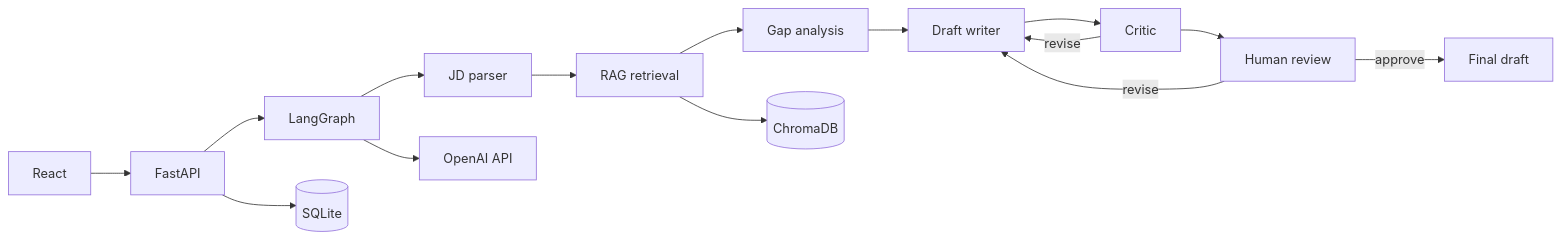
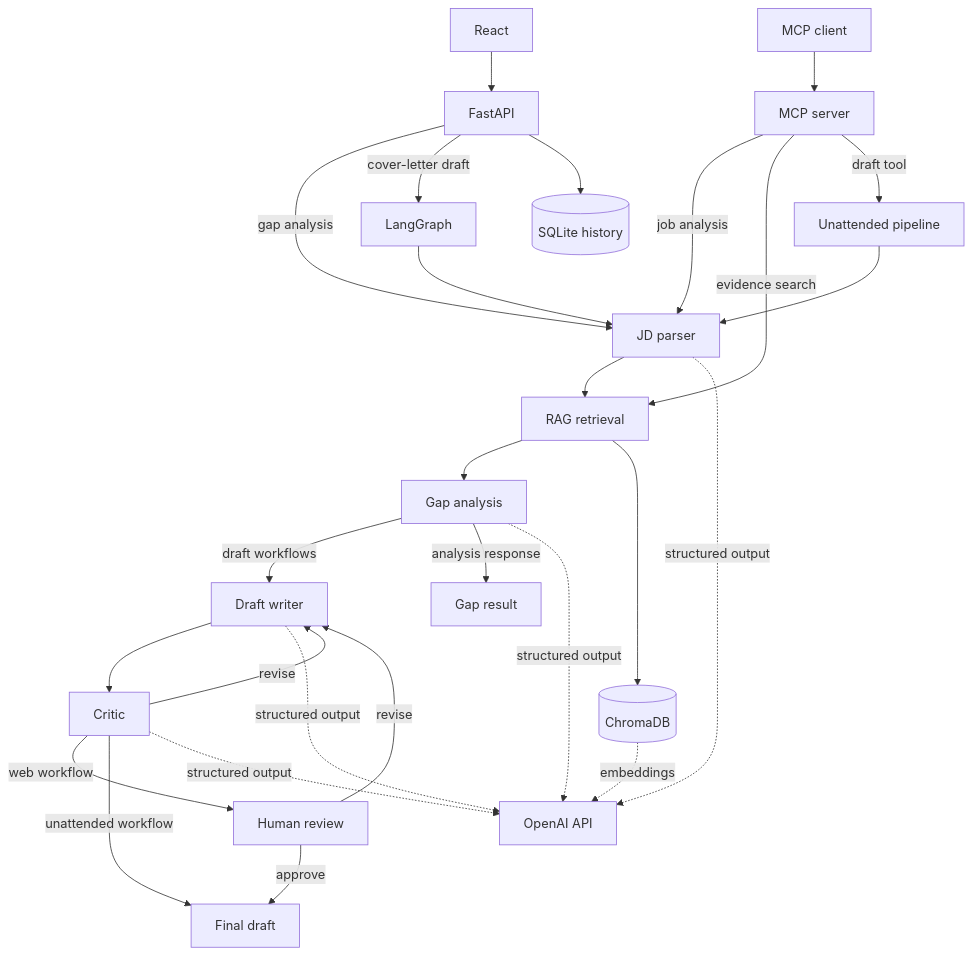
One commit to momo840505/career-copilot-agent changed the diagram in README.md. Above: the diagram before and after it, drawn with Mermaid. The commit also changed other lines of this file and 8 other files, not shown here.

Commit message:
Refine architecture docs and repository presentation

````diff
--- a/README.md
+++ b/README.md
@@ -24,17 +24,34 @@
 ```mermaid
-flowchart LR
-    A[React] --> B[FastAPI]
-    B --> C[LangGraph]
-    C --> D[JD parser]
-    D --> E[RAG retrieval]
-    E --> F[Gap analysis]
-    F --> G[Draft writer]
-    G --> H[Critic]
-    H -->|revise| G
-    H --> I[Human review]
-    I -->|revise| G
-    I -->|approve| J[Final draft]
-    E --> K[(ChromaDB)]
-    B --> L[(SQLite)]
-    C --> M[OpenAI API]
+flowchart TB
+    UI[React] --> API[FastAPI]
+    MC[MCP client] --> MS[MCP server]
+
+    API -->|gap analysis| P[JD parser]
+    API -->|cover-letter draft| LG[LangGraph]
+    MS -->|job analysis| P
+    MS -->|evidence search| R[RAG retrieval]
+    MS -->|draft tool| UP[Unattended pipeline]
+
+    LG --> P
+    UP --> P
+    P --> R
+    R --> G[Gap analysis]
+    G -->|draft workflows| D[Draft writer]
+    G -->|analysis response| GA[Gap result]
+
+    D --> C[Critic]
+    C -->|revise| D
+    C -->|web workflow| H[Human review]
+    H -->|revise| D
+    H -->|approve| F[Final draft]
+    C -->|unattended workflow| F
+
+    R --> CH[(ChromaDB)]
+    API --> DB[(SQLite history)]
+
+    P -. structured output .-> O[OpenAI API]
+    G -. structured output .-> O
+    D -. structured output .-> O
+    C -. structured output .-> O
+    CH -. embeddings .-> O
 ```
````
